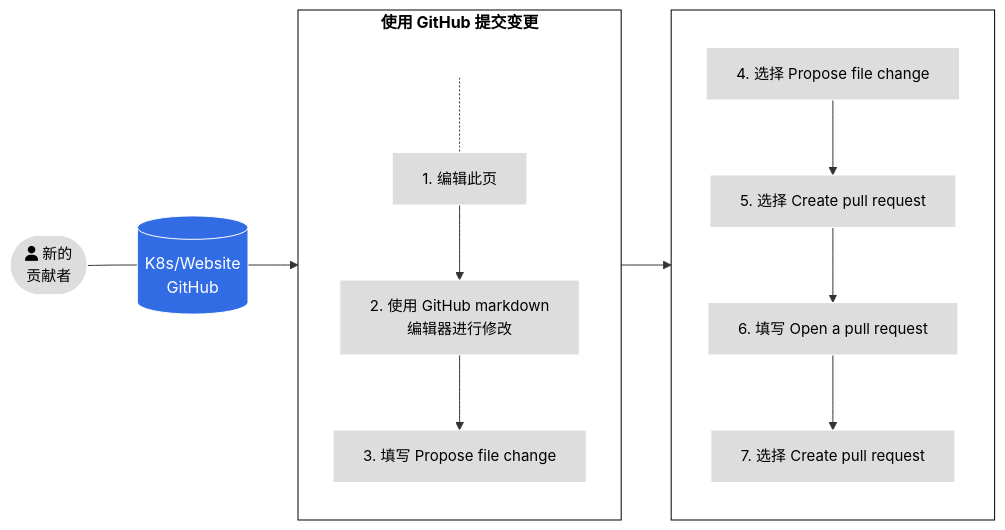
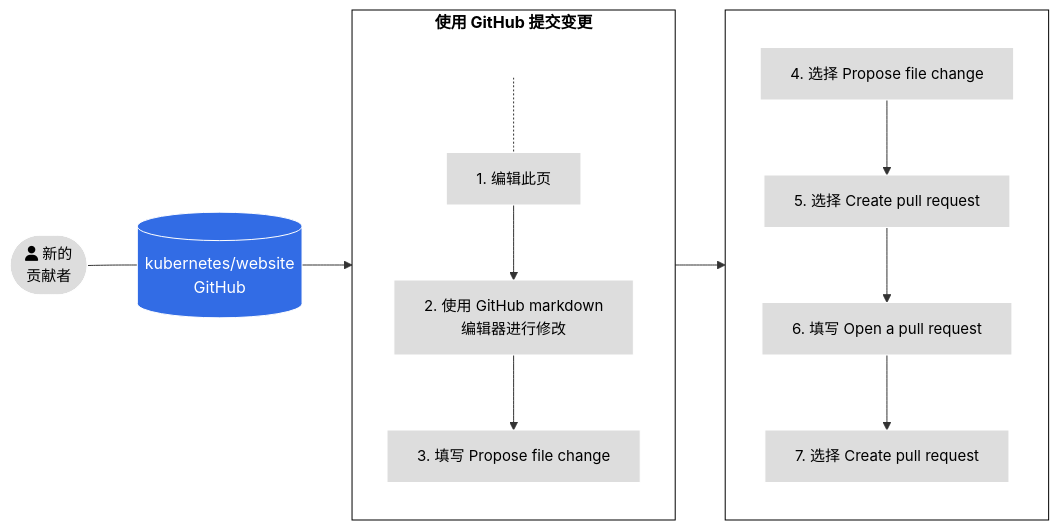
The first of 3 diagrams in content/zh-cn/docs/contribute/new-content/open-a-pr.md (KimSJ15/kubernetes_website), drawn with Mermaid before and after one commit. The commit also changed other lines of this file and 5 other files, not shown here.

```diff
--- a/content/zh-cn/docs/contribute/new-content/open-a-pr.md
+++ b/content/zh-cn/docs/contribute/new-content/open-a-pr.md
@@ -67,27 +67,27 @@
 {{< mermaid >}}
 flowchart LR
-A([fa:fa-user 新的<br>贡献者]) --- id1[(K8s/Website<br>GitHub)]
+A([fa:fa-user 新的<br>贡献者]) --- id1[(kubernetes/website<br>GitHub)]
 subgraph tasks[使用 GitHub 提交变更]
 direction TB
     0[ ] -.-
     1[1. 编辑此页] --> 2[2. 使用 GitHub markdown<br>编辑器进行修改]
     2 --> 3[3. 填写 Propose file change]
 
 end
 subgraph tasks2[ ]
 direction TB
 4[4. 选择 Propose file change] --> 5[5. 选择 Create pull request] --> 6[6. 填写 Open a pull request]
 6 --> 7[7. 选择 Create pull request] 
 end
 
 id1 --> tasks --> tasks2
 
 classDef grey fill:#dddddd,stroke:#ffffff,stroke-width:px,color:#000000, font-size:15px;
 classDef white fill:#ffffff,stroke:#000,stroke-width:px,color:#000,font-weight:bold
 classDef k8s fill:#326ce5,stroke:#fff,stroke-width:1px,color:#fff;
 classDef spacewhite fill:#ffffff,stroke:#fff,stroke-width:0px,color:#000
 class A,1,2,3,4,5,6,7 grey
 class 0 spacewhite
 class tasks,tasks2 white
 class id1 k8s
 {{</ mermaid >}}
```
